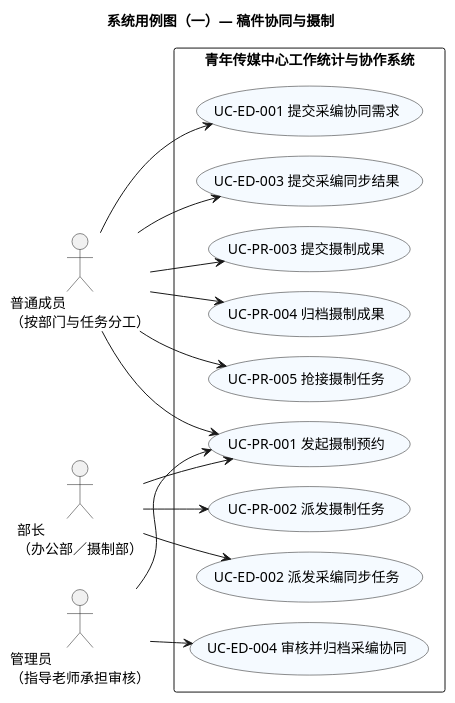
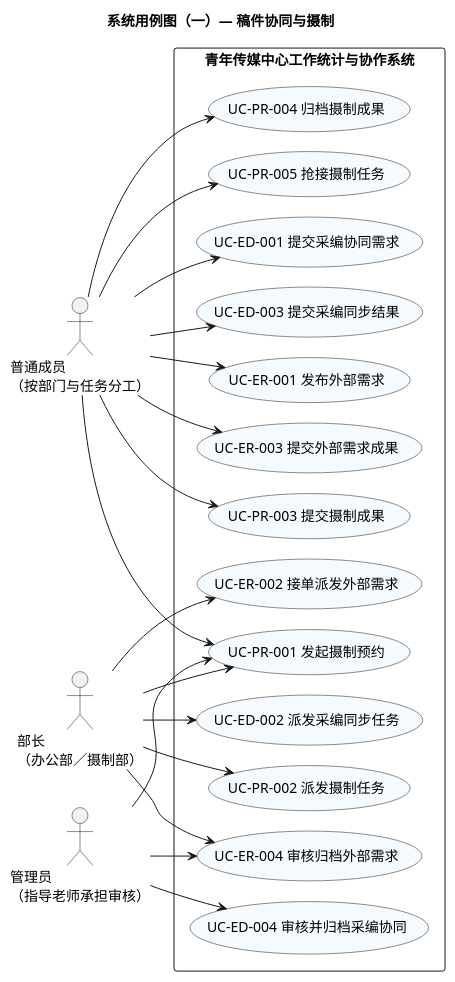
The diagram in docs/diagrams/system-use-case.puml (tccc1csu/miniprogram-csu), drawn with PlantUML before and after one commit. The commit also changed 133 other files, not shown here.

First line of the commit message:
docs: 重建课程分析文档与流程图，补齐外部需求/排版流程

```diff
--- a/docs/diagrams/system-use-case.puml
+++ b/docs/diagrams/system-use-case.puml
@@ -1,35 +1,44 @@
 @startuml
 title 系统用例图（一）— 稿件协同与摄制
 left to right direction
 skinparam defaultFontName Microsoft YaHei
 skinparam shadowing false
 skinparam packageStyle rectangle
 skinparam nodesep 20
 skinparam ranksep 40
 skinparam usecaseBackgroundColor #F5FAFF
 actor "普通成员\n（按部门与任务分工）" as Member
 actor "部长\n（办公部／摄制部）" as Minister
 actor "管理员\n（指导老师承担审核）" as Admin
 rectangle "青年传媒中心工作统计与协作系统" {
  usecase "UC-ED-001 提交采编协同需求" as U0
  usecase "UC-ED-002 派发采编同步任务" as U1
  usecase "UC-ED-003 提交采编同步结果" as U2
  usecase "UC-ED-004 审核并归档采编协同" as U3
+ usecase "UC-ER-001 发布外部需求" as U9
+ usecase "UC-ER-002 接单派发外部需求" as U10
+ usecase "UC-ER-003 提交外部需求成果" as U11
+ usecase "UC-ER-004 审核归档外部需求" as U12
  usecase "UC-PR-001 发起摄制预约" as U4
  usecase "UC-PR-002 派发摄制任务" as U5
  usecase "UC-PR-003 提交摄制成果" as U6
  usecase "UC-PR-004 归档摄制成果" as U7
  usecase "UC-PR-005 抢接摄制任务" as U8
 }
 Member --> U0
 Minister --> U1
 Member --> U2
 Admin --> U3
+Member --> U9
+Minister --> U10
+Member --> U11
+Minister --> U12
+Admin --> U12
 Member --> U4
 Minister --> U5
 Member --> U6
 Member --> U7
 Member --> U8
 Minister --> U4
 Admin --> U4
 @enduml
```
